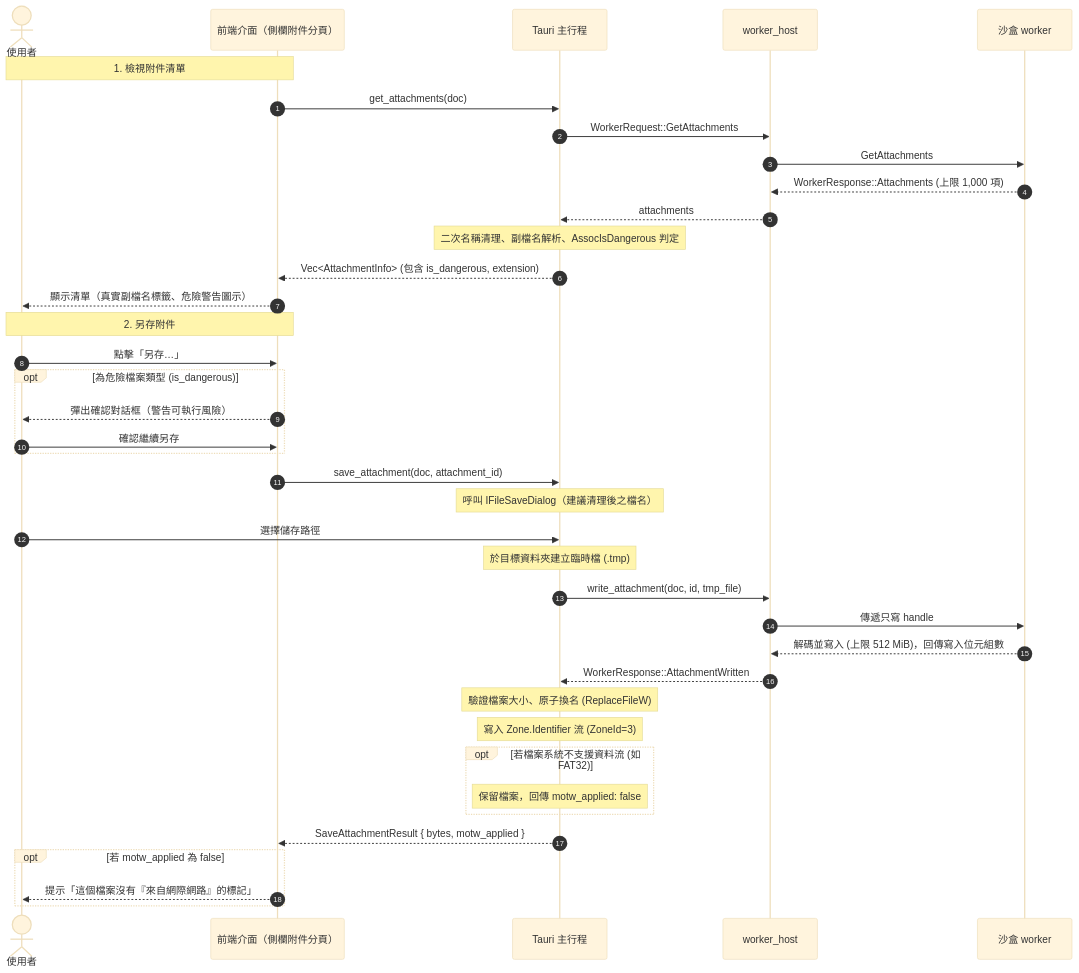
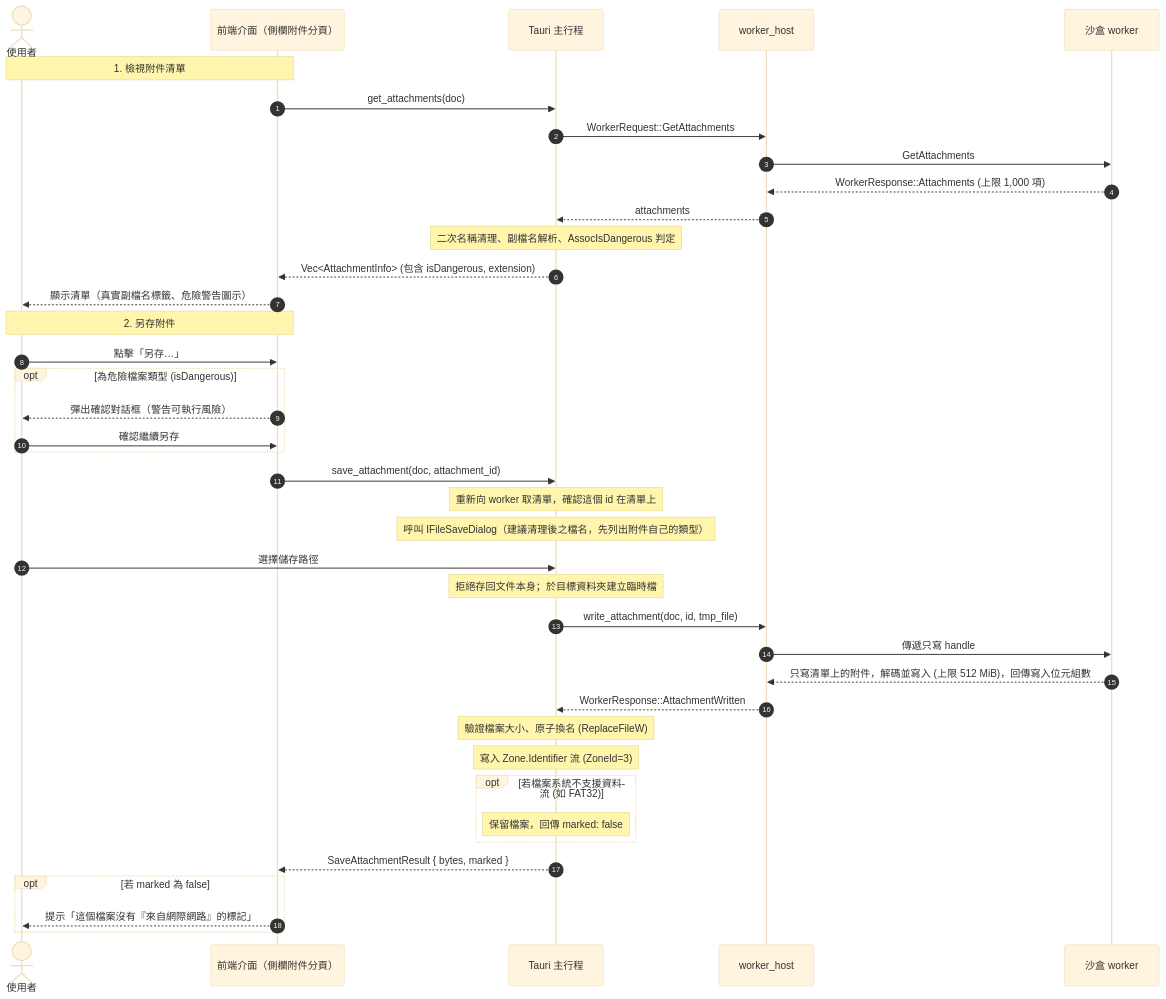
The diagram in docs/architecture/attachments.md (winner0988/Pdf-reader), drawn with Mermaid (base theme) before and after one commit. The commit also changed other lines of this file and 26 other files, not shown here.

````diff
--- a/docs/architecture/attachments.md
+++ b/docs/architecture/attachments.md
@@ -18,43 +18,44 @@
 ```mermaid
 sequenceDiagram
     autonumber
     actor User as 使用者
     participant UI as 前端介面（側欄附件分頁）
     participant Main as Tauri 主行程
     participant Host as worker_host
     participant Worker as 沙盒 worker
 
     Note over User,UI: 1. 檢視附件清單
     UI->>Main: get_attachments(doc)
     Main->>Host: WorkerRequest::GetAttachments
     Host->>Worker: GetAttachments
     Worker-->>Host: WorkerResponse::Attachments (上限 1,000 項)
     Host-->>Main: attachments
     Note over Main: 二次名稱清理、副檔名解析、AssocIsDangerous 判定
-    Main-->>UI: Vec<AttachmentInfo> (包含 is_dangerous, extension)
+    Main-->>UI: Vec<AttachmentInfo> (包含 isDangerous, extension)
     UI-->>User: 顯示清單（真實副檔名標籤、危險警告圖示）
 
     Note over User,UI: 2. 另存附件
     User->>UI: 點擊「另存…」
-    opt 為危險檔案類型 (is_dangerous)
+    opt 為危險檔案類型 (isDangerous)
         UI-->>User: 彈出確認對話框（警告可執行風險）
         User->>UI: 確認繼續另存
     end
     UI->>Main: save_attachment(doc, attachment_id)
-    Note over Main: 呼叫 IFileSaveDialog（建議清理後之檔名）
+    Note over Main: 重新向 worker 取清單，確認這個 id 在清單上
+    Note over Main: 呼叫 IFileSaveDialog（建議清理後之檔名，先列出附件自己的類型）
     User->>Main: 選擇儲存路徑
-    Note over Main: 於目標資料夾建立臨時檔 (.tmp)
+    Note over Main: 拒絕存回文件本身；於目標資料夾建立臨時檔
     Main->>Host: write_attachment(doc, id, tmp_file)
     Host->>Worker: 傳遞只寫 handle
-    Worker-->>Host: 解碼並寫入 (上限 512 MiB)，回傳寫入位元組數
+    Worker-->>Host: 只寫清單上的附件，解碼並寫入 (上限 512 MiB)，回傳寫入位元組數
     Host-->>Main: WorkerResponse::AttachmentWritten
     Note over Main: 驗證檔案大小、原子換名 (ReplaceFileW)
     Note over Main: 寫入 Zone.Identifier 流 (ZoneId=3)
     opt 若檔案系統不支援資料流 (如 FAT32)
-        Note over Main: 保留檔案，回傳 motw_applied: false
+        Note over Main: 保留檔案，回傳 marked: false
     end
-    Main-->>UI: SaveAttachmentResult { bytes, motw_applied }
-    opt 若 motw_applied 為 false
+    Main-->>UI: SaveAttachmentResult { bytes, marked }
+    opt 若 marked 為 false
         UI-->>User: 提示「這個檔案沒有『來自網際網路』的標記」
     end
 ```
````
